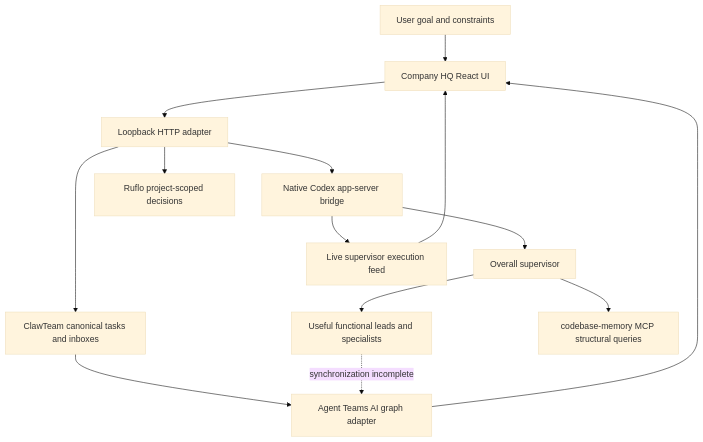
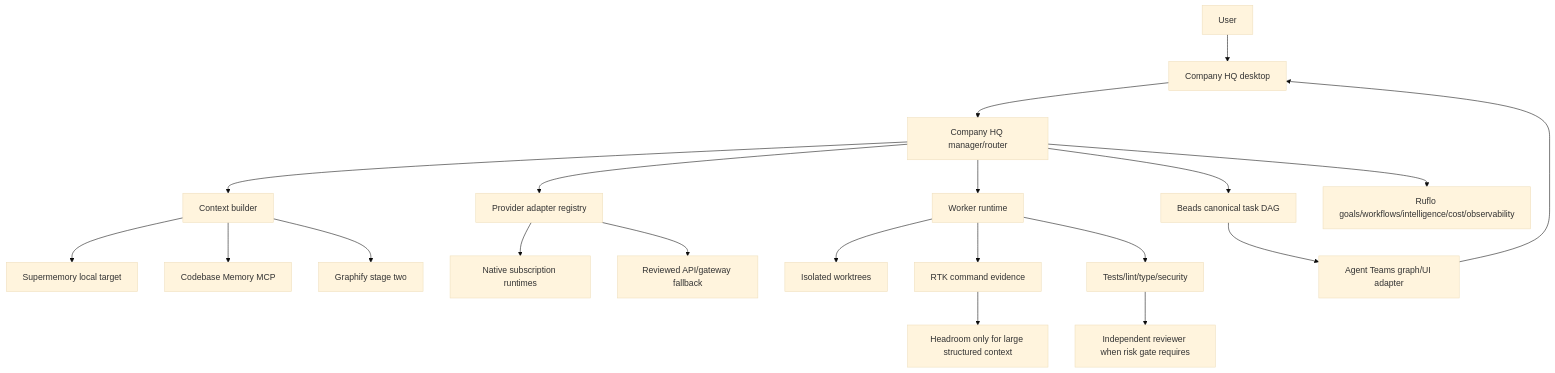
The diagram in docs/ARCHITECTURE.md (Dhanunjay-Divi/company-hq), drawn with Mermaid (base theme) before and after one commit. The commit also changed other lines of this file, not shown here.

Commit message:
Update architecture to locked staged target

````diff
--- a/docs/ARCHITECTURE.md
+++ b/docs/ARCHITECTURE.md
@@ -3,16 +8,22 @@
-```mermaid
+~~~mermaid
 flowchart TD
-  User[User goal and constraints] --> UI[Company HQ React UI]
-  UI --> API[Loopback HTTP adapter]
-  API --> Runtime[Native Codex app-server bridge]
-  Runtime --> Head[Overall supervisor]
-  Head --> Leads[Useful functional leads and specialists]
-  API --> Tasks[ClawTeam canonical tasks and inboxes]
-  API --> Memory[Ruflo project-scoped decisions]
-  Head --> Code[codebase-memory MCP structural queries]
-  Tasks --> Graph[Agent Teams AI graph adapter]
-  Runtime --> Feed[Live supervisor execution feed]
-  Leads -. synchronization incomplete .-> Graph
-  Graph --> UI
-  Feed --> UI
-```
+  U[User] --> D[Company HQ desktop]
+  D --> M[Company HQ manager/router]
+  M --> T[Beads canonical task DAG]
+  M --> C[Context builder]
+  C --> SM[Supermemory local target]
+  C --> CBM[Codebase Memory MCP]
+  C --> GF[Graphify stage two]
+  M --> R[Provider adapter registry]
+  R --> N[Native subscription runtimes]
+  R --> F[Reviewed API/gateway fallback]
+  M --> W[Worker runtime]
+  W --> WT[Isolated worktrees]
+  W --> RTK[RTK command evidence]
+  RTK --> H[Headroom only for large structured context]
+  W --> V[Tests/lint/type/security]
+  V --> RV[Independent reviewer when risk gate requires]
+  M --> RF[Ruflo goals/workflows/intelligence/cost/observability]
+  T --> G[Agent Teams graph/UI adapter]
+  G --> D
+~~~
````
